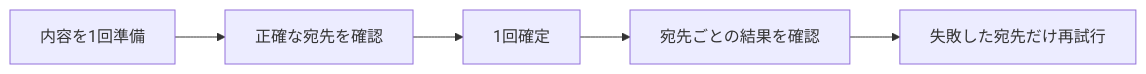
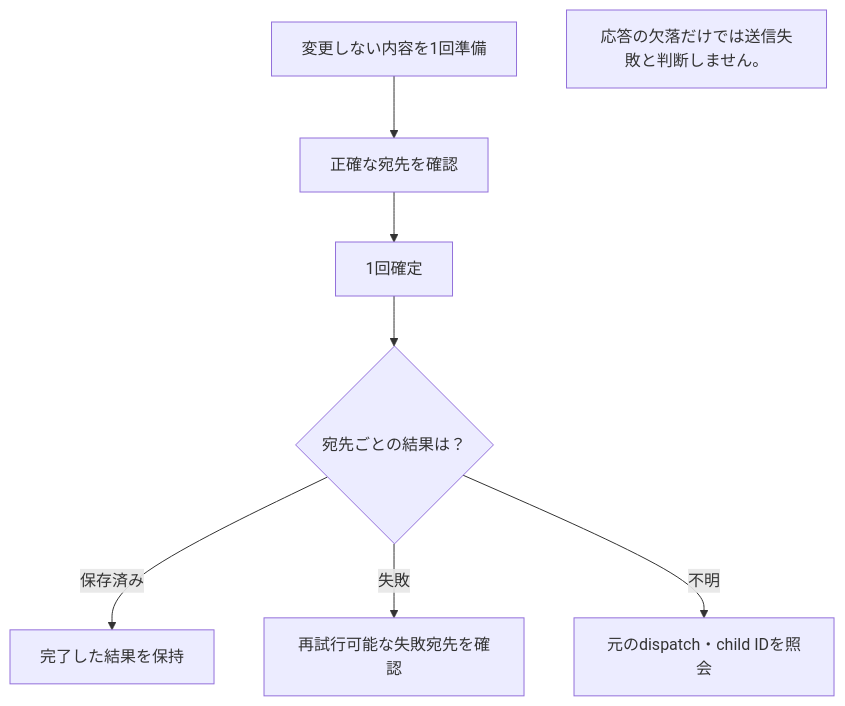
The diagram in docs/BATCH_SEND_ACCEPTANCE.ja.md (webkaz-labs/sobalink), drawn with Mermaid before and after one commit. The commit also changed 238 other files, not shown here.

First line of the commit message:
docs: explain workflows with distinct diagrams and real screen examples (#60)

````diff
--- a/docs/BATCH_SEND_ACCEPTANCE.ja.md
+++ b/docs/BATCH_SEND_ACCEPTANCE.ja.md
@@ -19,7 +19,13 @@
 ```mermaid
-flowchart LR
-    A[内容を1回準備] --> B[正確な宛先を確認]
-    B --> C[1回確定]
-    C --> D[宛先ごとの結果を確認]
-    D --> E[失敗した宛先だけ再試行]
+flowchart TD
+ accTitle: 1回の確定と宛先ごとの証拠
+ accDescr: 応答の欠落だけでは送信失敗と判断しません。
+ A["変更しない内容を1回準備"] --> B["正確な宛先を確認"]
+ B --> C["1回確定"]
+ C --> D{"宛先ごとの結果は？"}
+ D -->|保存済み| E["完了した結果を保持"]
+ D -->|失敗| F["再試行可能な失敗宛先を確認"]
+ D -->|不明| G["元のdispatch・child IDを照会"]
+
+ LIMIT["応答の欠落だけでは送信失敗と判断しません。"]
 ```
````
